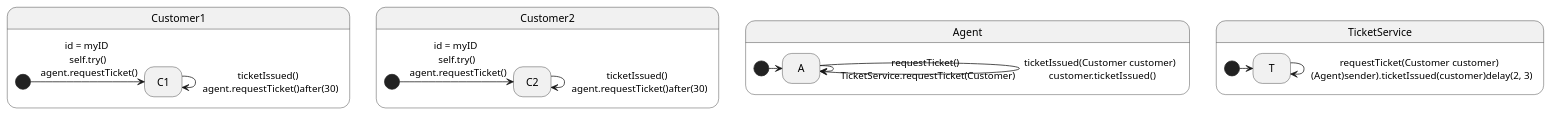
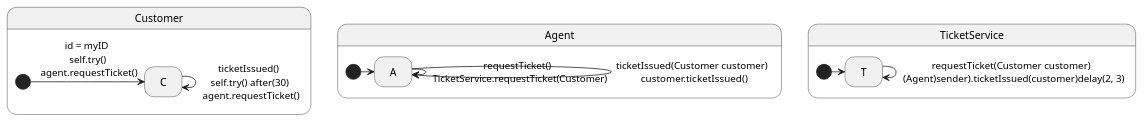
The diagram in ModelTranslations/TicketService/TicketService.plantuml (gnowin/UML-To-Rebecca-Dataset), drawn with PlantUML before and after one commit.

Commit message:
Fixed ticketService after last meeting with Supervisor

```diff
--- a/ModelTranslations/TicketService/TicketService.plantuml
+++ b/ModelTranslations/TicketService/TicketService.plantuml
@@ -1,30 +1,23 @@
 @startuml
 hide empty description
 
-state Customer1{
-state C1
+state Customer{
+state C
 
-[*] -> C1 : id = myID \n self.try() \n agent.requestTicket()
-C1 -> C1 : ticketIssued() \n agent.requestTicket()after(30)
-}
-
-state Customer2{
-state C2 
-
-[*] -> C2 : id = myID \n self.try() \n agent.requestTicket()
-C2 -> C2 : ticketIssued() \n agent.requestTicket()after(30)
+[*] -> C : id = myID \n self.try() \n agent.requestTicket()
+C -> C : ticketIssued() \n self.try() after(30) \n agent.requestTicket()
 }
 
 state Agent{
 state A
 [*] -> A
 A -> A : requestTicket() \n TicketService.requestTicket(Customer)
 A -> A : ticketIssued(Customer customer) \n customer.ticketIssued()
 }
 
 state TicketService{
 state T
 [*] -> T
 T -> T : requestTicket(Customer customer) \n (Agent)sender).ticketIssued(customer)delay(2, 3)
 }
 @enduml
```
